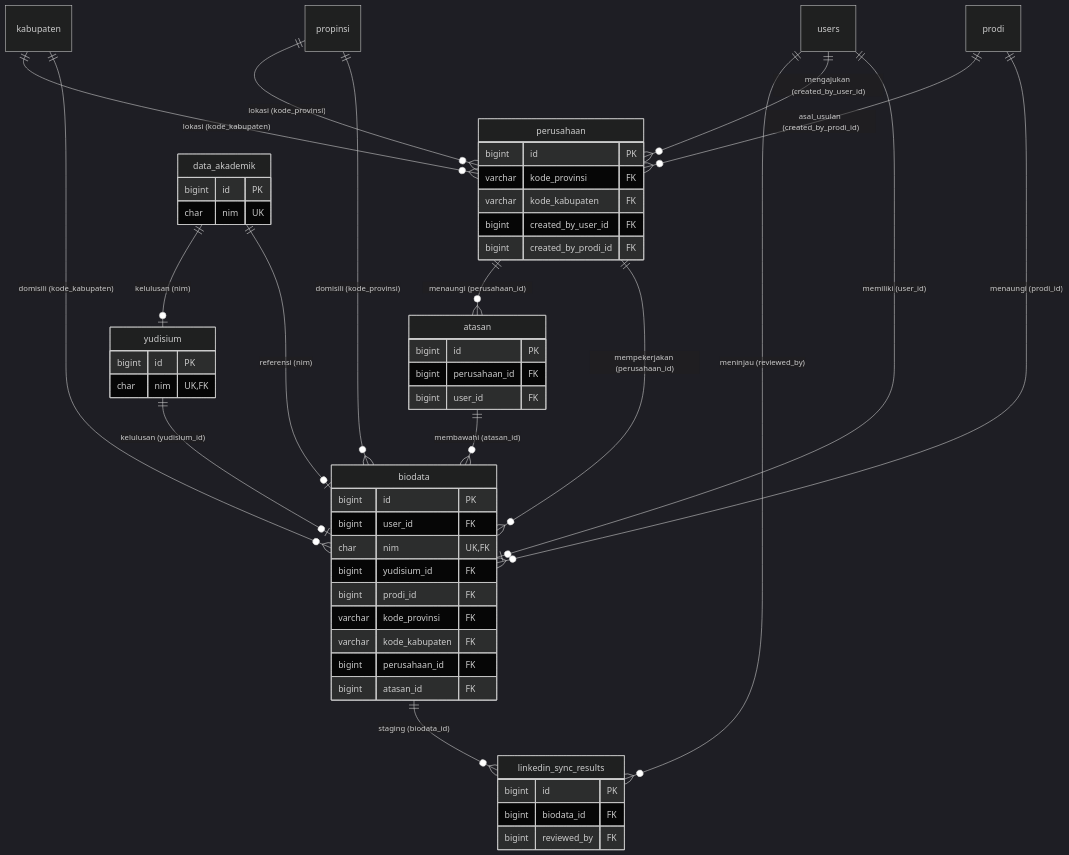
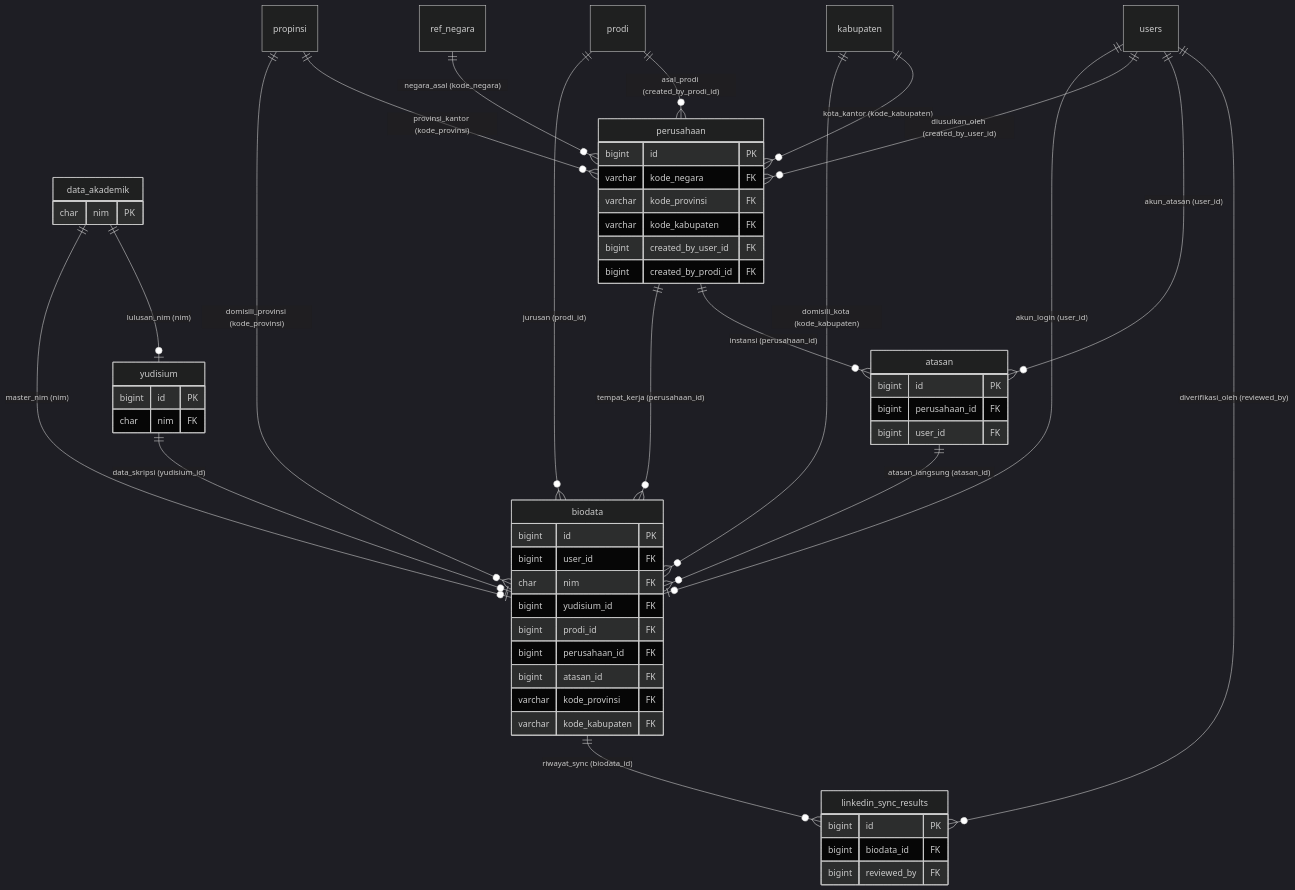
The fourth of 7 diagrams in ERD.md (claraanjelitakd/tugas-akhir), drawn with Mermaid (dark theme) before and after one commit. The commit also changed other lines of this file and 96 other files, not shown here.

````diff
--- a/ERD.md
+++ b/ERD.md
@@ -174,61 +153,63 @@
 ```mermaid
 erDiagram
-    users ||--o| biodata : "memiliki (user_id)"
-    users ||--o{ perusahaan : "mengajukan (created_by_user_id)"
-    data_akademik ||--o| biodata : "referensi (nim)"
-    data_akademik ||--o| yudisium : "kelulusan (nim)"
-    yudisium ||--o| biodata : "kelulusan (yudisium_id)"
-    prodi ||--o{ biodata : "menaungi (prodi_id)"
-    prodi ||--o{ perusahaan : "asal_usulan (created_by_prodi_id)"
-    propinsi ||--o{ biodata : "domisili (kode_provinsi)"
-    kabupaten ||--o{ biodata : "domisili (kode_kabupaten)"
-    propinsi ||--o{ perusahaan : "lokasi (kode_provinsi)"
-    kabupaten ||--o{ perusahaan : "lokasi (kode_kabupaten)"
-    perusahaan ||--o{ biodata : "mempekerjakan (perusahaan_id)"
-    perusahaan ||--o{ atasan : "menaungi (perusahaan_id)"
-    atasan ||--o{ biodata : "membawahi (atasan_id)"
-    biodata ||--o{ linkedin_sync_results : "staging (biodata_id)"
-    users ||--o{ linkedin_sync_results : "meninjau (reviewed_by)"
+    users ||--o| biodata : "akun_login (user_id)"
+    data_akademik ||--o| biodata : "master_nim (nim)"
+    data_akademik ||--o| yudisium : "lulusan_nim (nim)"
+    yudisium ||--o| biodata : "data_skripsi (yudisium_id)"
+    prodi ||--o{ biodata : "jurusan (prodi_id)"
+    propinsi ||--o{ biodata : "domisili_provinsi (kode_provinsi)"
+    kabupaten ||--o{ biodata : "domisili_kota (kode_kabupaten)"
+    ref_negara ||--o{ perusahaan : "negara_asal (kode_negara)"
+    propinsi ||--o{ perusahaan : "provinsi_kantor (kode_provinsi)"
+    kabupaten ||--o{ perusahaan : "kota_kantor (kode_kabupaten)"
+    users ||--o{ perusahaan : "diusulkan_oleh (created_by_user_id)"
+    prodi ||--o{ perusahaan : "asal_prodi (created_by_prodi_id)"
+    perusahaan ||--o{ biodata : "tempat_kerja (perusahaan_id)"
+    perusahaan ||--o{ atasan : "instansi (perusahaan_id)"
+    users ||--o{ atasan : "akun_atasan (user_id)"
+    atasan ||--o{ biodata : "atasan_langsung (atasan_id)"
+    biodata ||--o{ linkedin_sync_results : "riwayat_sync (biodata_id)"
+    users ||--o{ linkedin_sync_results : "diverifikasi_oleh (reviewed_by)"
 
     data_akademik {
-        bigint id PK
-        char nim UK
+        char nim PK
     }
 
     yudisium {
         bigint id PK
-        char nim UK,FK
+        char nim FK
     }
 
     biodata {
         bigint id PK
         bigint user_id FK
-        char nim UK,FK
+        char nim FK
         bigint yudisium_id FK
         bigint prodi_id FK
+        bigint perusahaan_id FK
+        bigint atasan_id FK
         varchar kode_provinsi FK
         varchar kode_kabupaten FK
-        bigint perusahaan_id FK
-        bigint atasan_id FK
     }
 
     perusahaan {
         bigint id PK
+        varchar kode_negara FK
         varchar kode_provinsi FK
         varchar kode_kabupaten FK
         bigint created_by_user_id FK
         bigint created_by_prodi_id FK
     }
 
     atasan {
         bigint id PK
         bigint perusahaan_id FK
         bigint user_id FK
     }
 
     linkedin_sync_results {
         bigint id PK
         bigint biodata_id FK
         bigint reviewed_by FK
     }
 ```
````
